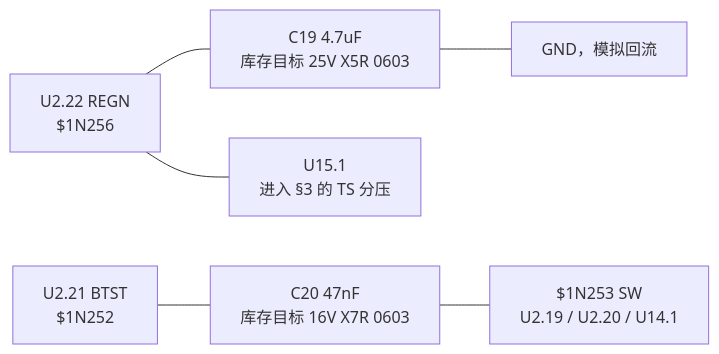
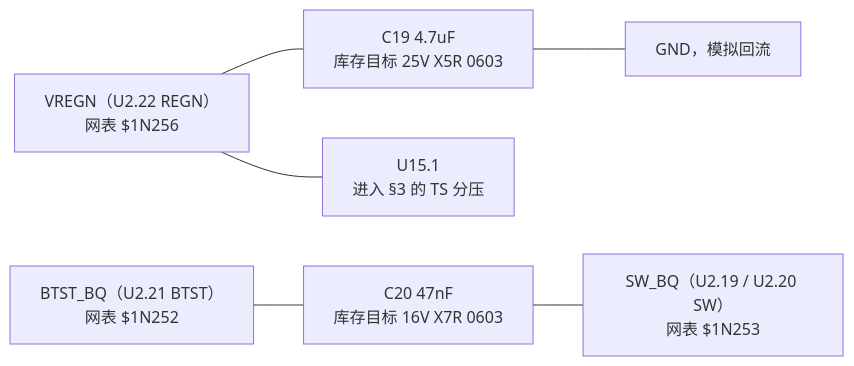
Before and after one commit to zhanghongchen1213/Electronic_Wooden_Fish: the third of 4 diagrams in docs/hardware/外围电路设计/bq25895rtwr外围电路设计与接线.md, drawn with Mermaid. The commit also changed other lines of this file and 15 other files, not shown here.

Commit message:
docs: 删除过时的电子木鱼项目文档，整合硬件原理图与电源网络命名规范，确保设计信息的准确性与一致性。同时，更新相关文档以反映最新的设计决策与接口信息，提升可读性与可追溯性。

````diff
--- a/docs/hardware/外围电路设计/bq25895rtwr外围电路设计与接线.md
+++ b/docs/hardware/外围电路设计/bq25895rtwr外围电路设计与接线.md
@@ -101,7 +102,7 @@
 ```mermaid
 flowchart LR
-  R["U2.22 REGN<br/>$1N256"] --- C19["C19 4.7uF<br/>库存目标 25V X5R 0603"] --- G["GND，模拟回流"]
+  R["VREGN（U2.22 REGN）<br/>网表 $1N256"] --- C19["C19 4.7uF<br/>库存目标 25V X5R 0603"] --- G["GND，模拟回流"]
   R --- TS["U15.1<br/>进入 §3 的 TS 分压"]
-  B["U2.21 BTST<br/>$1N252"] --- C20["C20 47nF<br/>库存目标 16V X7R 0603"]
-  C20 --- S["$1N253 SW<br/>U2.19 / U2.20 / U14.1"]
+  B["BTST_BQ（U2.21 BTST）<br/>网表 $1N252"] --- C20["C20 47nF<br/>库存目标 16V X7R 0603"]
+  C20 --- S["SW_BQ（U2.19 / U2.20 SW）<br/>网表 $1N253"]
 ```
````
